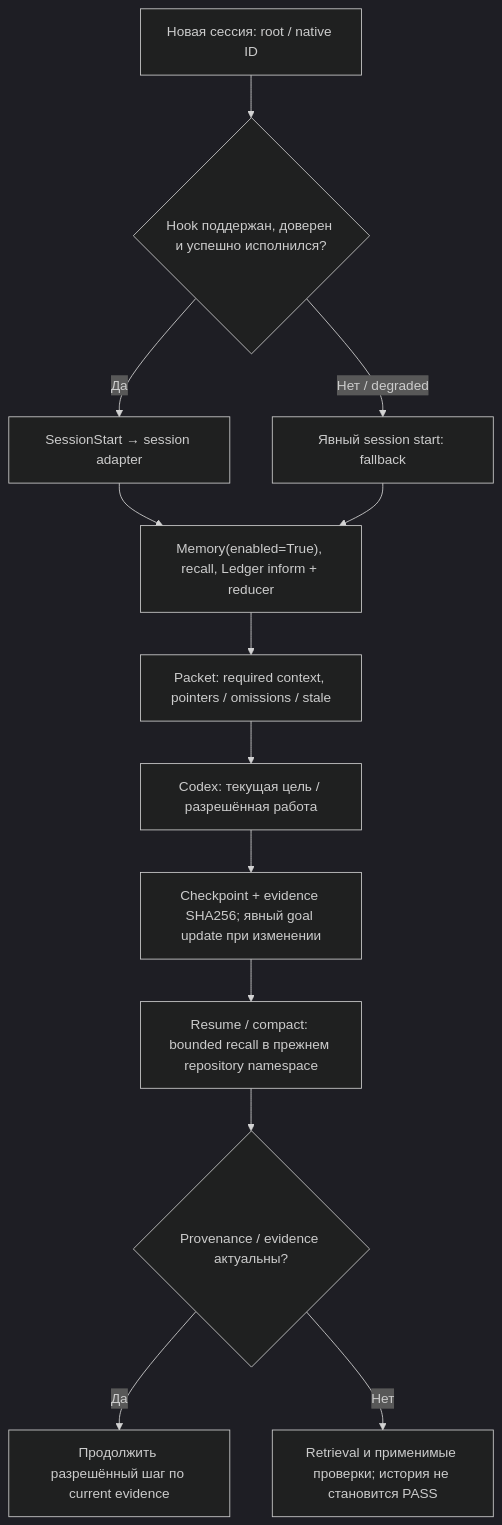
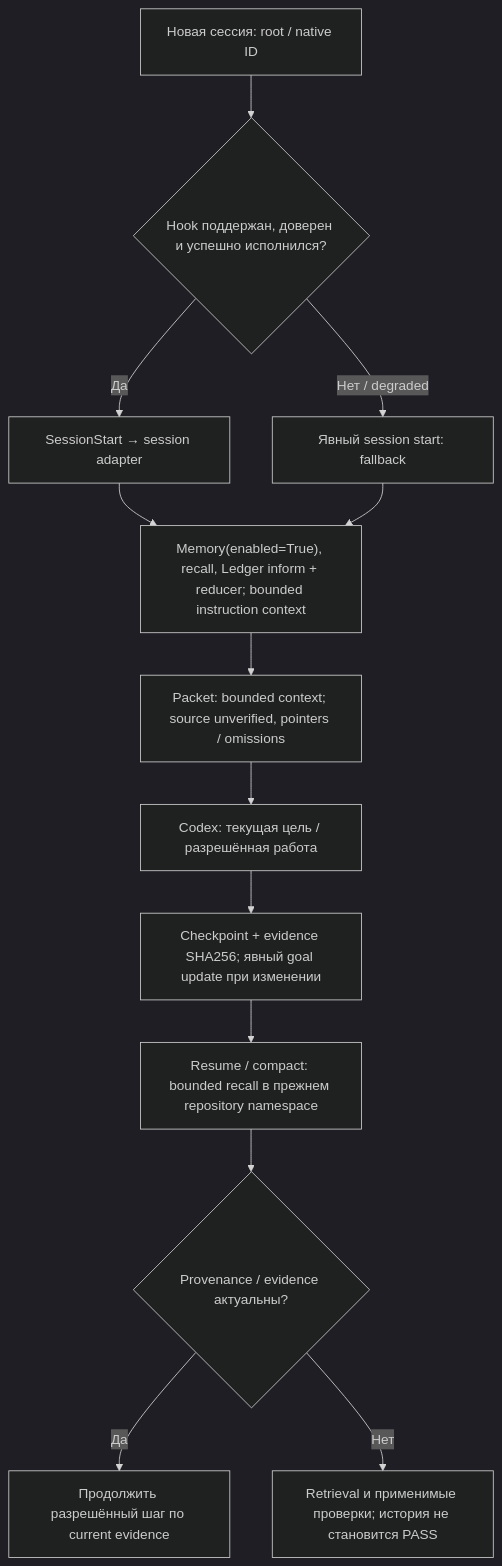
One commit to SUKUNA-AI/agent-harness changed the diagram in docs/NATIVE_SESSION_RU.md. Above: the diagram before and after it, drawn with Mermaid (dark theme). The commit also changed other lines of this file and 22 other files, not shown here.

````diff
--- a/docs/NATIVE_SESSION_RU.md
+++ b/docs/NATIVE_SESSION_RU.md
@@ -49,27 +74,27 @@
 ```mermaid
 flowchart TD
     Start["Новая сессия: root / native ID"]
     Hook{"Hook поддержан, доверен и успешно исполнился?"}
     Auto["SessionStart → session adapter"]
     Explicit["Явный session start: fallback"]
-    Memory["Memory(enabled=True), recall, Ledger inform + reducer"]
-    Packet["Packet: required context, pointers / omissions / stale"]
+    Memory["Memory(enabled=True), recall, Ledger inform + reducer; bounded instruction context"]
+    Packet["Packet: bounded context; source unverified, pointers / omissions"]
     Agent["Codex: текущая цель / разрешённая работа"]
     Checkpoint["Checkpoint + evidence SHA256; явный goal update при изменении"]
     Resume["Resume / compact: bounded recall в прежнем repository namespace"]
     Fresh{"Provenance / evidence актуальны?"}
     Continue["Продолжить разрешённый шаг по current evidence"]
     Revalidate["Retrieval и применимые проверки; история не становится PASS"]
     Start --> Hook
     Hook -->|"Да"| Auto
     Hook -->|"Нет / degraded"| Explicit
     Auto --> Memory
     Explicit --> Memory
     Memory --> Packet
     Packet --> Agent
     Agent --> Checkpoint
     Checkpoint --> Resume
     Resume --> Fresh
     Fresh -->|"Да"| Continue
     Fresh -->|"Нет"| Revalidate
 ```
````
